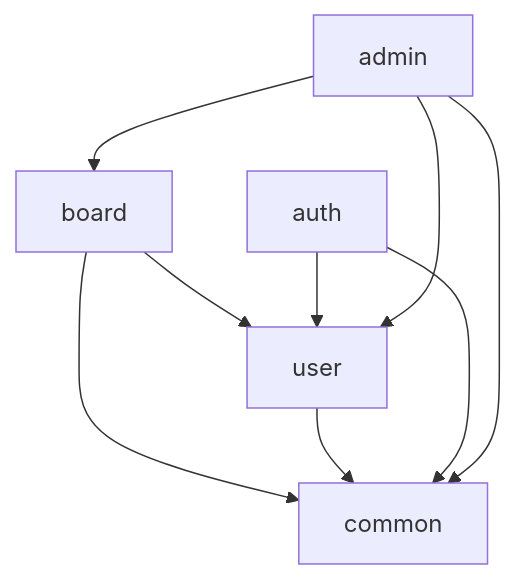
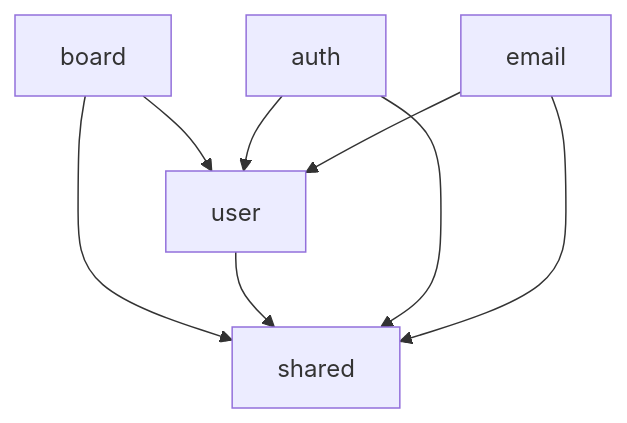
Before and after one commit to bunnyholes/boardhole: the first of 2 diagrams in ARCHITECTURE.md, drawn with Mermaid. The commit also changed other lines of this file and 4 other files, not shown here.

````diff
--- a/ARCHITECTURE.md
+++ b/ARCHITECTURE.md
@@ -374,12 +374,11 @@
 ```mermaid
 graph TD
     A[board] --> B[user]
     C[auth] --> B[user]
-    D[admin] --> B[user]
-    D[admin] --> A[board]
-    
-    A --> E[common]
-    B --> E[common]
-    C --> E[common]
-    D --> E[common]
+    D[email] --> B[user]
+
+    A --> E[shared]
+    B --> E[shared]
+    C --> E[shared]
+    D --> E[shared]
 ```
````
